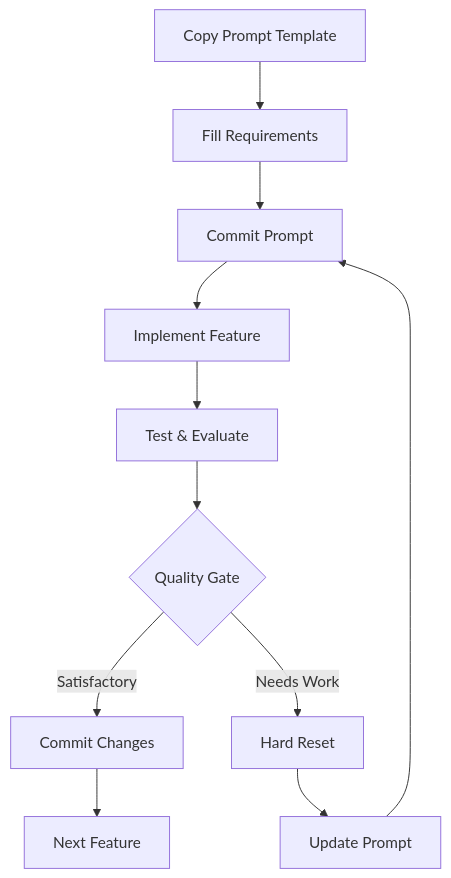
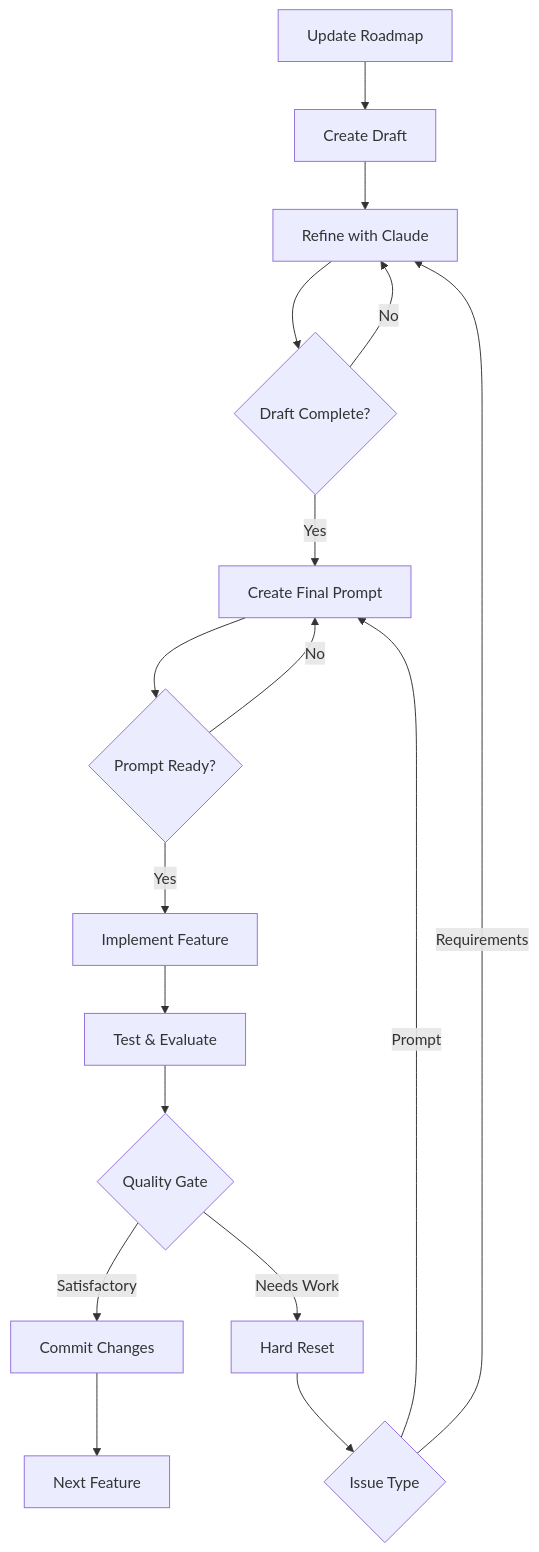
Before and after one commit to booserg/the-dao-of-hard-reset: the diagram in README.md, drawn with Mermaid. The commit also changed other lines of this file and 3 other files, not shown here.

````diff
--- a/README.md
+++ b/README.md
@@ -64,13 +58,19 @@
 ```mermaid
 graph TD
-    A[Copy Prompt Template] --> B[Fill Requirements]
-    B --> C[Commit Prompt]
-    C --> D[Implement Feature]
-    D --> E[Test & Evaluate]
-    E --> F{Quality Gate}
-    F -->|Satisfactory| G[Commit Changes]
-    F -->|Needs Work| H[Hard Reset]
-    H --> I[Update Prompt]
-    I --> C
-    G --> J[Next Feature]
+    A[Update Roadmap] --> B[Create Draft]
+    B --> C[Refine with Claude]
+    C --> D{Draft Complete?}
+    D -->|No| C
+    D -->|Yes| E[Create Final Prompt]
+    E --> F{Prompt Ready?}
+    F -->|No| E
+    F -->|Yes| G[Implement Feature]
+    G --> H[Test & Evaluate]
+    H --> I{Quality Gate}
+    I -->|Satisfactory| J[Commit Changes]
+    I -->|Needs Work| K[Hard Reset]
+    K --> L{Issue Type}
+    L -->|Requirements| C
+    L -->|Prompt| E
+    J --> M[Next Feature]
 ```
````
